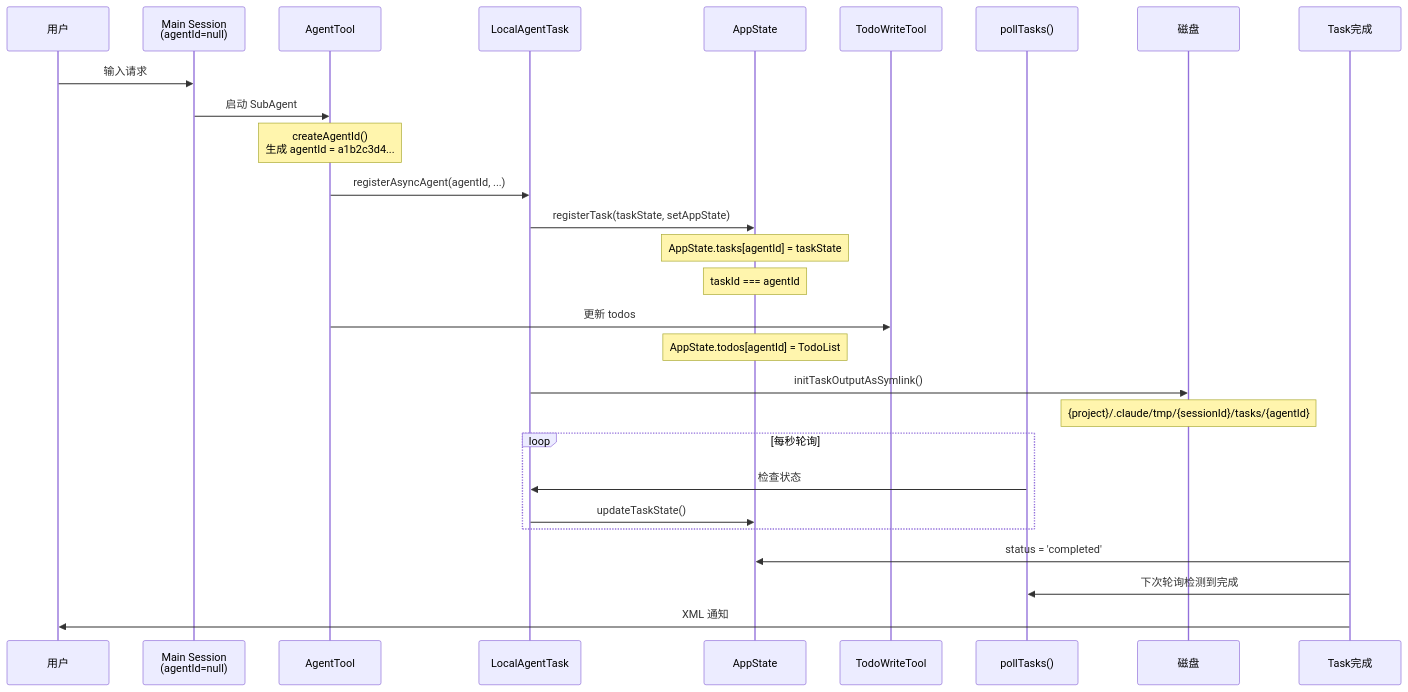
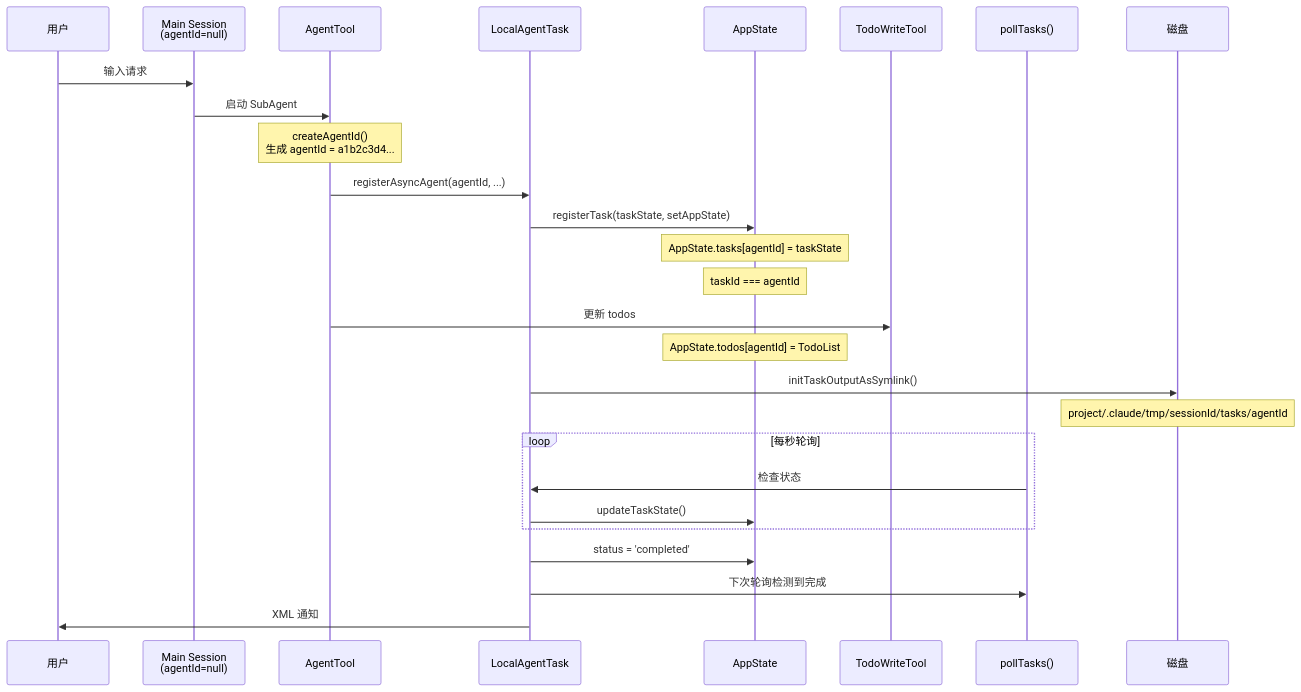
The eighth of 16 diagrams in claude-code/docs/deep/TASK-SYSTEM.md (platootalp/harness-code), drawn with Mermaid before and after one commit. The commit also changed other lines of this file and 58 other files, not shown here.

````diff
--- a/claude-code/docs/deep/TASK-SYSTEM.md
+++ b/claude-code/docs/deep/TASK-SYSTEM.md
@@ -447,36 +447,36 @@
 ```mermaid
 sequenceDiagram
     participant User as 用户
     participant Main as Main Session<br/>(agentId=null)
     participant Tool as AgentTool
     participant Task as LocalAgentTask
     participant State as AppState
     participant Todo as TodoWriteTool
     participant Poll as pollTasks()
     participant Disk as 磁盘
 
     User->>Main: 输入请求
     Main->>Tool: 启动 SubAgent
 
     Note over Tool: createAgentId()<br/>生成 agentId = a1b2c3d4...
 
     Tool->>Task: registerAsyncAgent(agentId, ...)
     Task->>State: registerTask(taskState, setAppState)
     Note over State: AppState.tasks[agentId] = taskState
     Note over State: taskId === agentId
 
     Tool->>Todo: 更新 todos
     Note over State: AppState.todos[agentId] = TodoList
 
     Task->>Disk: initTaskOutputAsSymlink()
-    Note over Disk: {project}/.claude/tmp/{sessionId}/tasks/{agentId}
+    Note over Disk: project/.claude/tmp/sessionId/tasks/agentId
 
     loop 每秒轮询
         Poll->>Task: 检查状态
         Task->>State: updateTaskState()
     end
 
-    Task完成->>State: status = 'completed'
-    Task完成->>Poll: 下次轮询检测到完成
-    Task完成->>User: XML 通知
+    Task->>State: status = 'completed'
+    Task->>Poll: 下次轮询检测到完成
+    Task->>User: XML 通知
 ```
````
